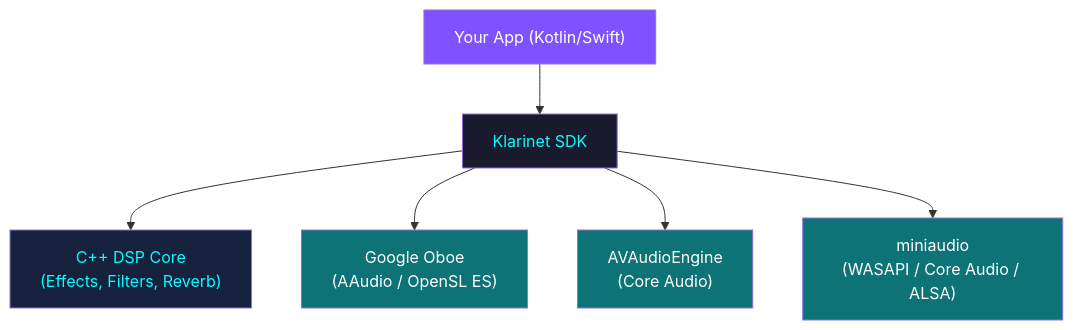
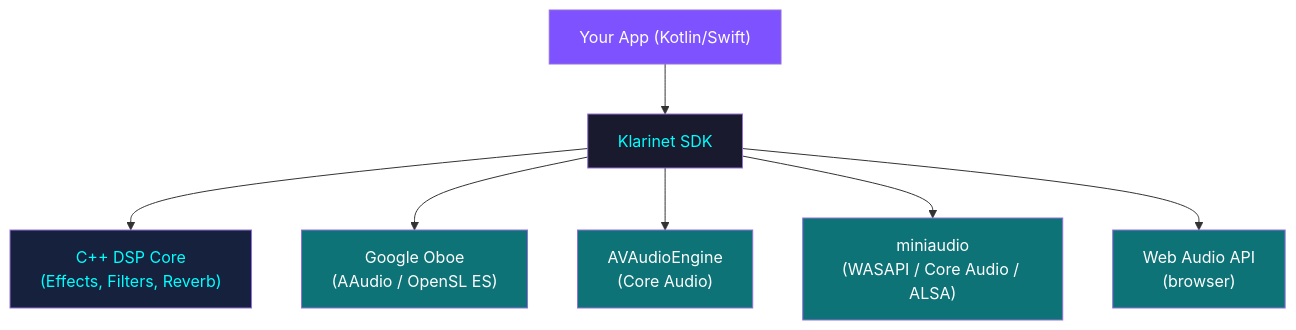
Before and after one commit to vectencia/Klarinet: the diagram in README.md, drawn with Mermaid. The commit also changed other lines of this file and 95 other files, not shown here.

````diff
--- a/README.md
+++ b/README.md
@@ -343,15 +372,17 @@
 ```mermaid
 graph TD
     A["Your App (Kotlin/Swift)"] --> B[Klarinet SDK]
     B --> C["C++ DSP Core<br/>(Effects, Filters, Reverb)"]
     B --> D["Google Oboe<br/>(AAudio / OpenSL ES)"]
     B --> E["AVAudioEngine<br/>(Core Audio)"]
     B --> F["miniaudio<br/>(WASAPI / Core Audio / ALSA)"]
+    B --> G["Web Audio API<br/>(browser)"]
     
     style A fill:#7F52FF,color:#fff
     style B fill:#1a1a2e,color:#0ff
     style C fill:#16213e,color:#0ff
     style D fill:#0d7377,color:#fff
     style E fill:#0d7377,color:#fff
     style F fill:#0d7377,color:#fff
+    style G fill:#0d7377,color:#fff
 ```
````
